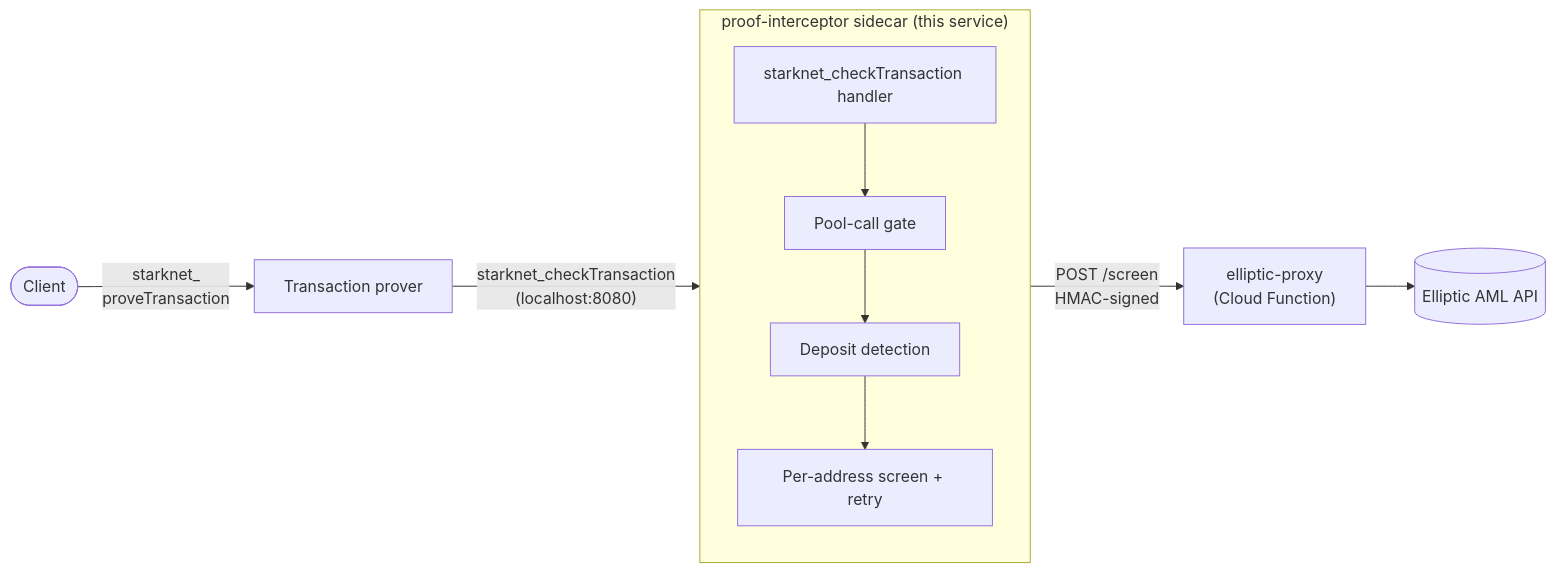
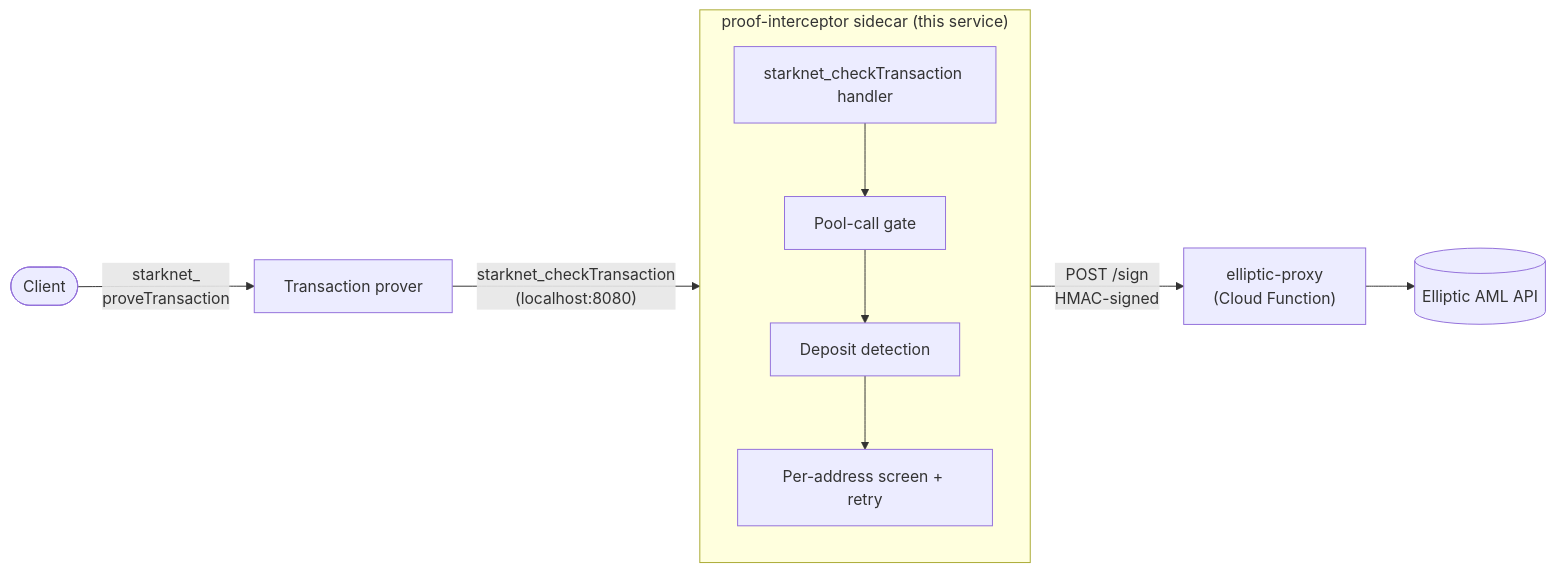
Before and after one commit to starkware-libs/starknet-privacy: the diagram in proof-interceptor/README.md, drawn with Mermaid. The commit also changed other lines of this file and 6 other files, not shown here.

````diff
--- a/proof-interceptor/README.md
+++ b/proof-interceptor/README.md
@@ -13,21 +13,21 @@
 ```mermaid
 flowchart LR
     Client(["Client"])
     Prover["Transaction prover"]
     EP["elliptic-proxy<br/>(Cloud Function)"]
     Elliptic[("Elliptic AML API")]
 
     subgraph Sidecar ["proof-interceptor sidecar (this service)"]
         direction TB
         RPC["starknet_checkTransaction handler"]
         Gate["Pool-call gate"]
         Detect["Deposit detection"]
         Screen["Per-address screen + retry"]
         RPC --> Gate --> Detect --> Screen
     end
 
     Client -- "starknet_<br/>proveTransaction" --> Prover
     Prover -- "starknet_checkTransaction<br/>(localhost:8080)" --> RPC
-    Screen -- "POST /screen<br/>HMAC-signed" --> EP
+    Screen -- "POST /sign<br/>HMAC-signed" --> EP
     EP --> Elliptic
 ```
````
